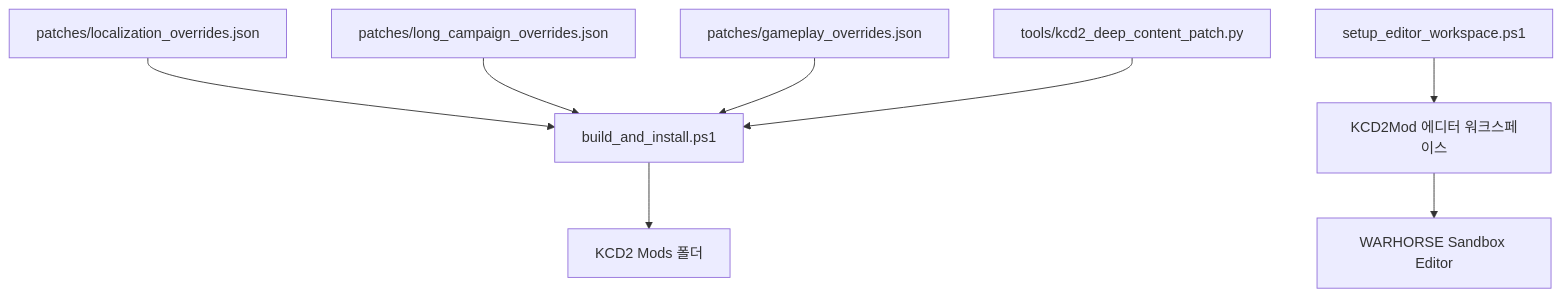
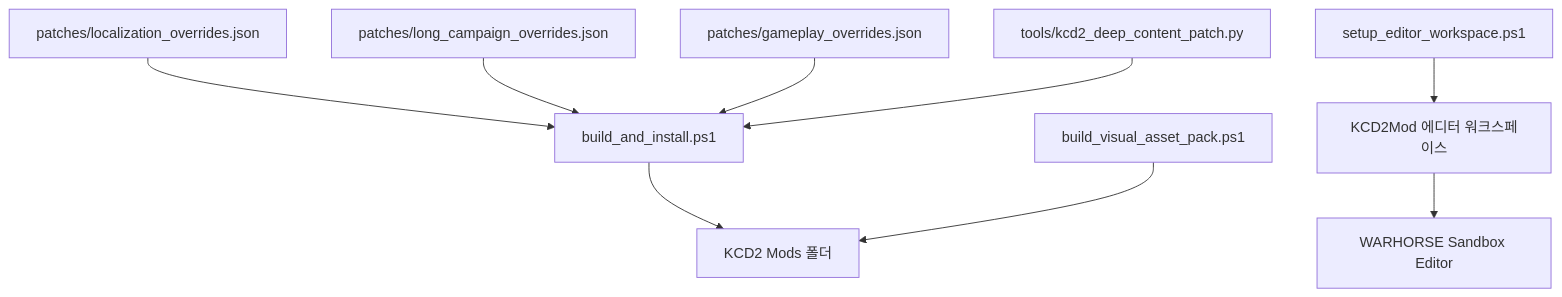
One commit to sinmb79/kcd2-joseon-counterattack-mod changed the diagram in imjin-war-joseon-counterattack-story-lab/kcd2_mod/README.ko.md. Above: the diagram before and after it, drawn with Mermaid. The commit also changed other lines of this file and 11 other files, not shown here.

Commit message:
Add Joseon visual asset pack

````diff
--- a/imjin-war-joseon-counterattack-story-lab/kcd2_mod/README.ko.md
+++ b/imjin-war-joseon-counterattack-story-lab/kcd2_mod/README.ko.md
@@ -97,10 +100,11 @@
 ```mermaid
 flowchart TD
   A["patches/localization_overrides.json"] --> B["build_and_install.ps1"]
   C["patches/long_campaign_overrides.json"] --> B
   D["patches/gameplay_overrides.json"] --> B
   I["tools/kcd2_deep_content_patch.py"] --> B
   B --> E["KCD2 Mods 폴더"]
+  J["build_visual_asset_pack.ps1"] --> E
   F["setup_editor_workspace.ps1"] --> G["KCD2Mod 에디터 워크스페이스"]
   G --> H["WARHORSE Sandbox Editor"]
 ```
````
